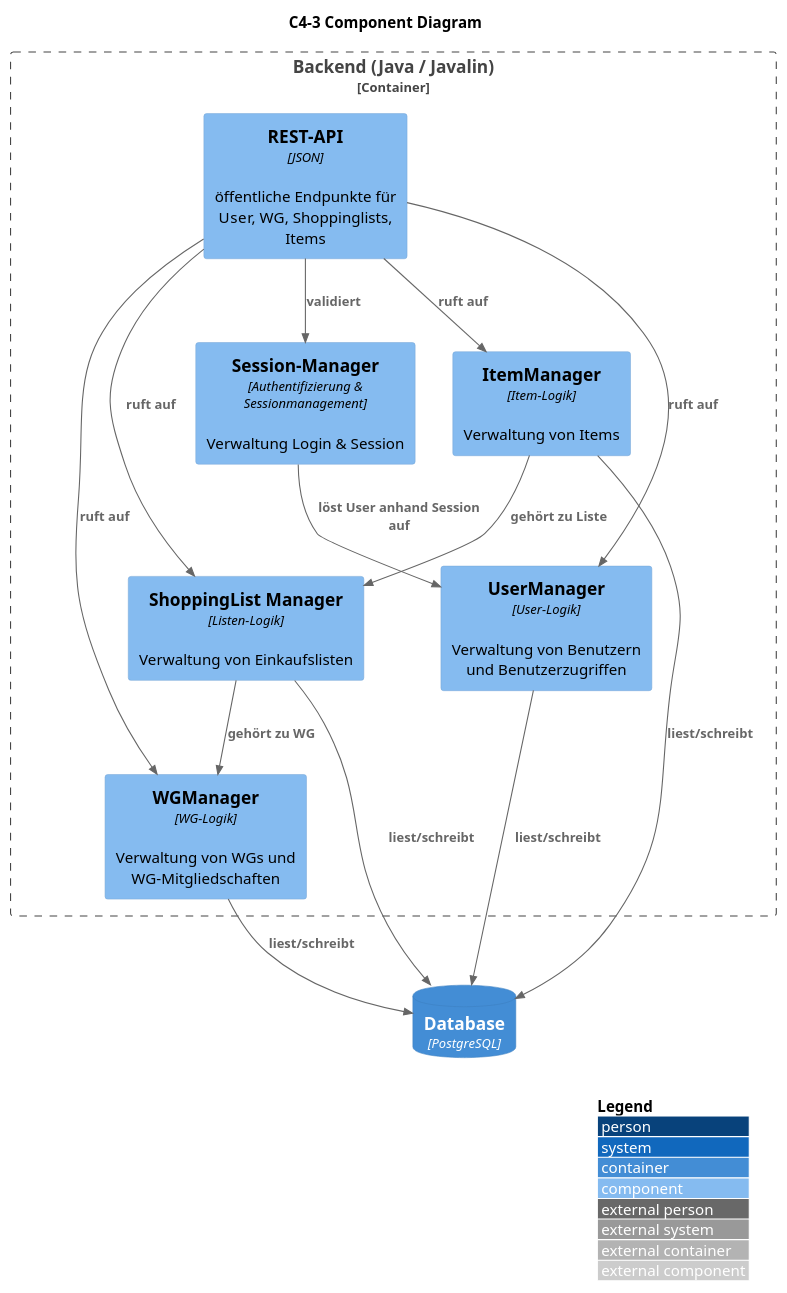
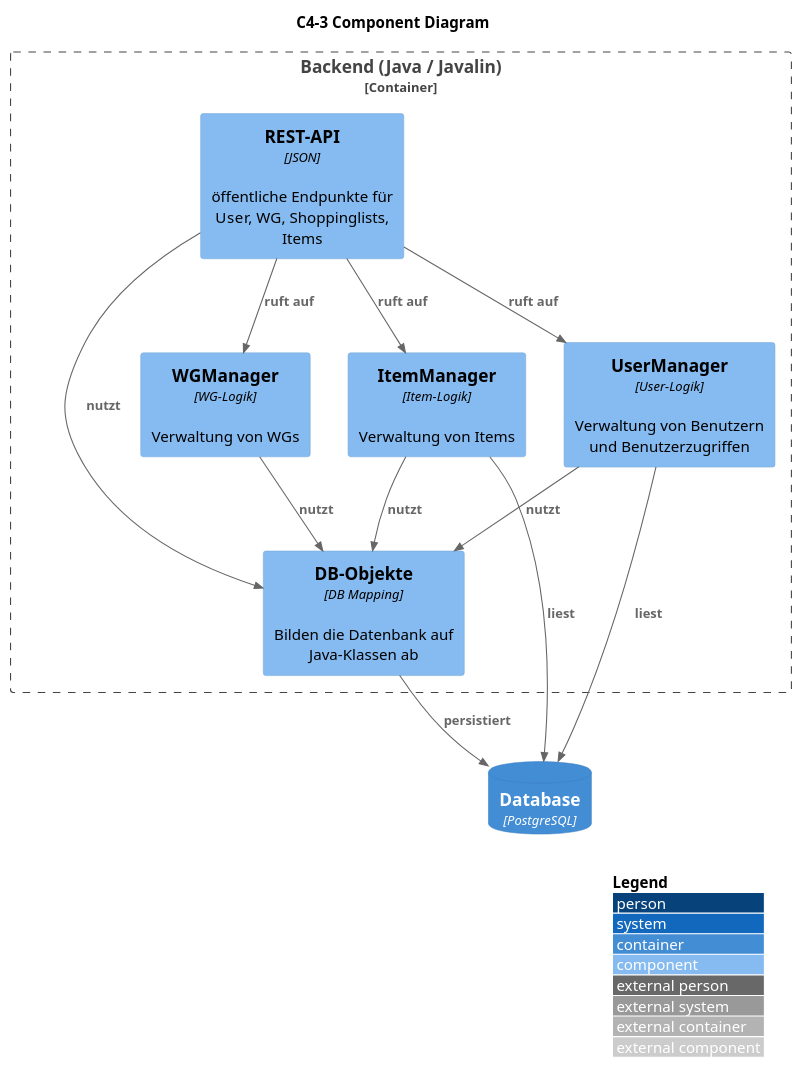
Before and after one commit to MasterOfDevilLP/ShareShop: the diagram in docs/architecture/plantuml/level3_components.puml, drawn with PlantUML.

Commit message:
c4 l3 should be reasonably complete

```diff
--- a/docs/architecture/plantuml/level3_components.puml
+++ b/docs/architecture/plantuml/level3_components.puml
@@ -1,40 +1,36 @@
 @startuml c4_level3_component_backend
 !include <c4/C4_Component.puml>
 
 LAYOUT_WITH_LEGEND()
 
 title C4-3 Component Diagram
 
 Container_Boundary(backend, "Backend (Java / Javalin)") {
 
     Component(api, "REST-API", "JSON", "öffentliche Endpunkte für User, WG, Shoppinglists, Items")
 
-    Component(sessionMgr, "Session-Manager","Authentifizierung & Sessionmanagement","Verwaltung Login & Session")
-
     Component(userMgr, "UserManager","User-Logik","Verwaltung von Benutzern und Benutzerzugriffen")
 
-    Component(wgMgr, "WGManager","WG-Logik","Verwaltung von WGs und WG-Mitgliedschaften")
-
-    Component(listMgr, "ShoppingList Manager","Listen-Logik","Verwaltung von Einkaufslisten")
+    Component(wgMgr, "WGManager","WG-Logik","Verwaltung von WGs")
 
     Component(itemMgr, "ItemManager","Item-Logik","Verwaltung von Items")
+
+    Component(db_obj, "DB-Objekte","DB Mapping", "Bilden die Datenbank auf Java-Klassen ab")
 }
 
 ContainerDb(db, "Database", "PostgreSQL")
 
-Rel(api, sessionMgr, "validiert")
 Rel(api, userMgr, "ruft auf")
 Rel(api, wgMgr, "ruft auf")
-Rel(api, listMgr, "ruft auf")
 Rel(api, itemMgr, "ruft auf")
 
-Rel(sessionMgr, userMgr, "löst User anhand Session auf")
-Rel(listMgr, wgMgr, "gehört zu WG")
-Rel(itemMgr, listMgr, "gehört zu Liste")
+Rel(userMgr, db_obj, "nutzt")
+Rel(wgMgr, db_obj, "nutzt")
+Rel(itemMgr, db_obj, "nutzt")
+Rel(api, db_obj, "nutzt")
 
-Rel(userMgr, db, "liest/schreibt")
-Rel(wgMgr, db, "liest/schreibt")
-Rel(listMgr, db, "liest/schreibt")
-Rel(itemMgr, db, "liest/schreibt")
+Rel(db_obj, db, "persistiert")
+Rel(itemMgr, db, "liest")
+Rel(userMgr, db, "liest")
 
 @enduml
```
